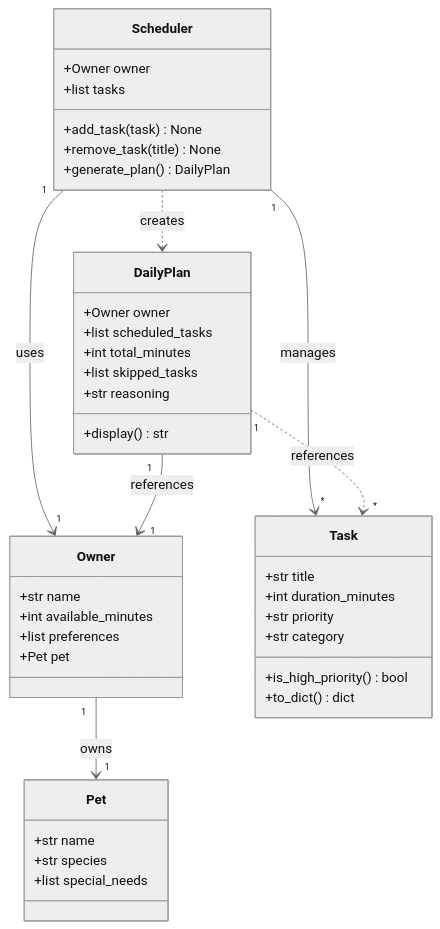
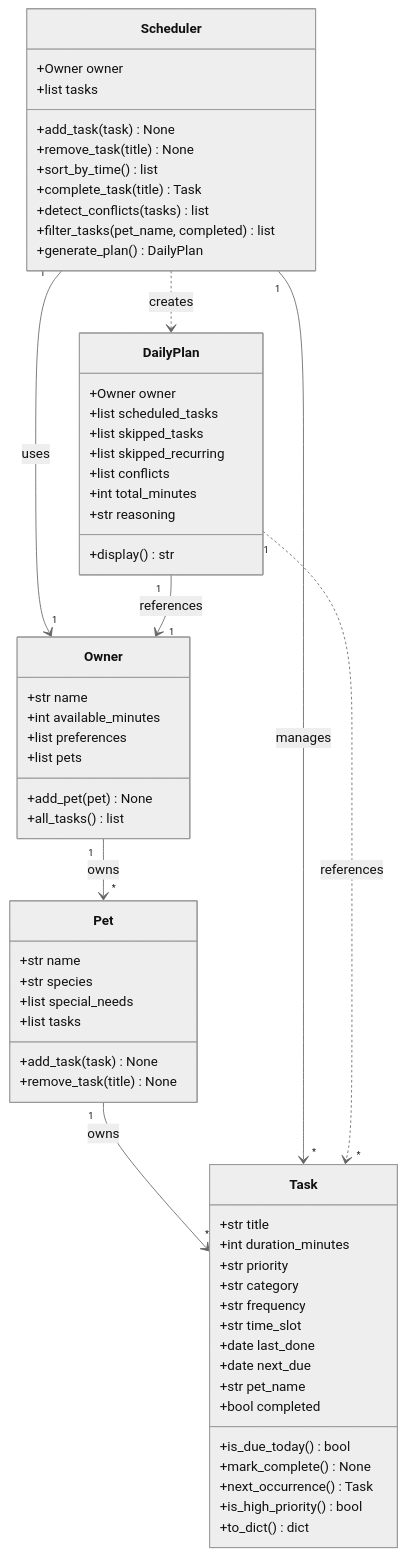
One commit to funny1dog/ai110-module2show-pawpal-starter changed the diagram in reflection.md. Above: the diagram before and after it, drawn with Mermaid (neutral theme). The commit also changed other lines of this file and 3 other files, not shown here.

````diff
--- a/reflection.md
+++ b/reflection.md
@@ -41,48 +41,69 @@
 ```mermaid
 classDiagram
     class Owner {
         +str name
         +int available_minutes
         +list preferences
-        +Pet pet
+        +list pets
+        +add_pet(pet) None
+        +all_tasks() list
     }
 
     class Pet {
         +str name
         +str species
         +list special_needs
+        +list tasks
+        +add_task(task) None
+        +remove_task(title) None
     }
 
     class Task {
         +str title
         +int duration_minutes
         +str priority
         +str category
+        +str frequency
+        +str time_slot
+        +date last_done
+        +date next_due
+        +str pet_name
+        +bool completed
+        +is_due_today() bool
+        +mark_complete() None
+        +next_occurrence() Task
         +is_high_priority() bool
         +to_dict() dict
     }
 
     class Scheduler {
         +Owner owner
         +list tasks
         +add_task(task) None
         +remove_task(title) None
+        +sort_by_time() list
+        +complete_task(title) Task
+        +detect_conflicts(tasks) list
+        +filter_tasks(pet_name, completed) list
         +generate_plan() DailyPlan
     }
 
     class DailyPlan {
         +Owner owner
         +list scheduled_tasks
+        +list skipped_tasks
+        +list skipped_recurring
+        +list conflicts
         +int total_minutes
-        +list skipped_tasks
         +str reasoning
         +display() str
     }
 
-    Owner "1" --> "1" Pet : owns
+    Owner "1" --> "*" Pet : owns
+    Pet "1" --> "*" Task : owns
     Scheduler "1" --> "1" Owner : uses
     Scheduler "1" --> "*" Task : manages
     Scheduler ..> DailyPlan : creates
     DailyPlan "1" --> "1" Owner : references
     DailyPlan "1" ..> "*" Task : references
 ```
````
